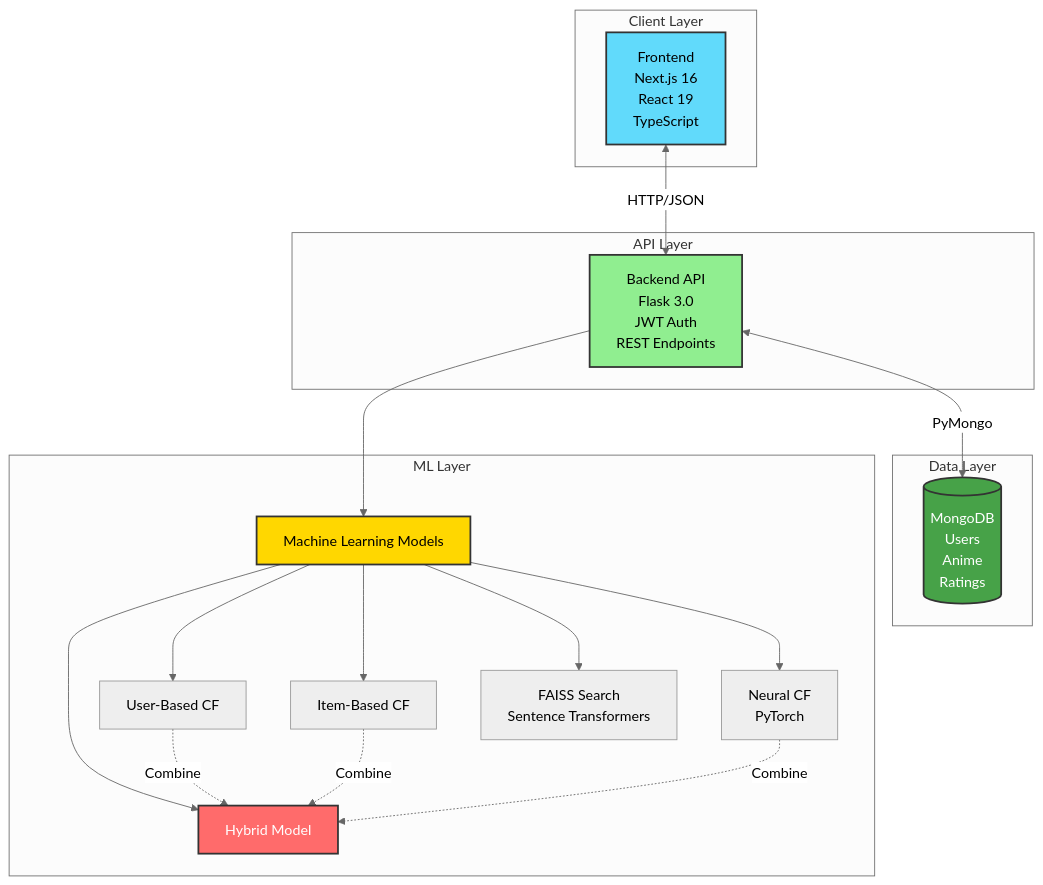
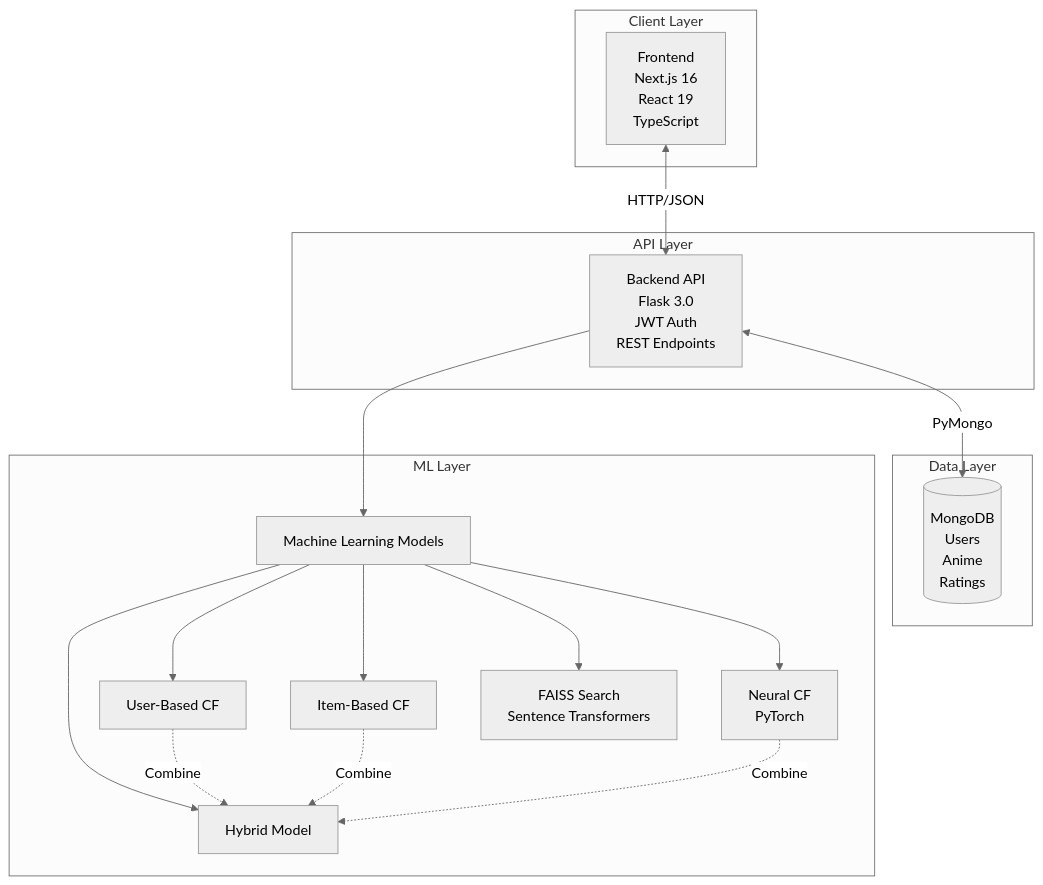
Before and after one commit to PhucHuwu/Recommendation_system: the diagram in README.md, drawn with Mermaid (neutral theme).

Commit message:
chore: Remove unused style definitions from README diagram

````diff
--- a/README.md
+++ b/README.md
@@ -60,41 +60,35 @@
 ```mermaid
 graph TB
     subgraph "Client Layer"
         FE[Frontend<br/>Next.js 16<br/>React 19<br/>TypeScript]
     end
 
     subgraph "API Layer"
         BE[Backend API<br/>Flask 3.0<br/>JWT Auth<br/>REST Endpoints]
     end
 
     subgraph "Data Layer"
         DB[(MongoDB<br/>Users<br/>Anime<br/>Ratings)]
     end
 
     subgraph "ML Layer"
         ML[Machine Learning Models]
         UB[User-Based CF]
         IB[Item-Based CF]
         NCF[Neural CF<br/>PyTorch]
         HYB[Hybrid Model]
         FAISS[FAISS Search<br/>Sentence Transformers]
     end
 
     FE <-->|HTTP/JSON| BE
     BE <-->|PyMongo| DB
     BE --> ML
     ML --> UB
     ML --> IB
     ML --> NCF
     ML --> HYB
     ML --> FAISS
     UB -.->|Combine| HYB
     IB -.->|Combine| HYB
     NCF -.->|Combine| HYB
-
-    style FE fill:#61dafb,stroke:#333,stroke-width:2px,color:#000
-    style BE fill:#90ee90,stroke:#333,stroke-width:2px,color:#000
-    style DB fill:#47a248,stroke:#333,stroke-width:2px,color:#fff
-    style ML fill:#ffd700,stroke:#333,stroke-width:2px,color:#000
-    style HYB fill:#ff6b6b,stroke:#333,stroke-width:2px,color:#fff
 ```
````
